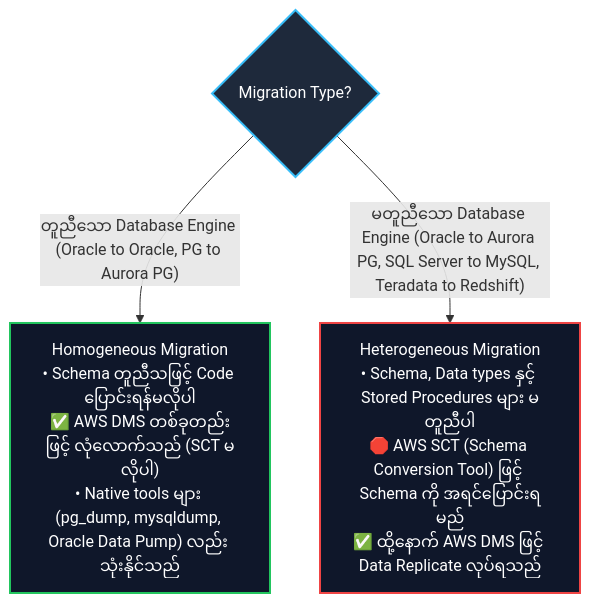
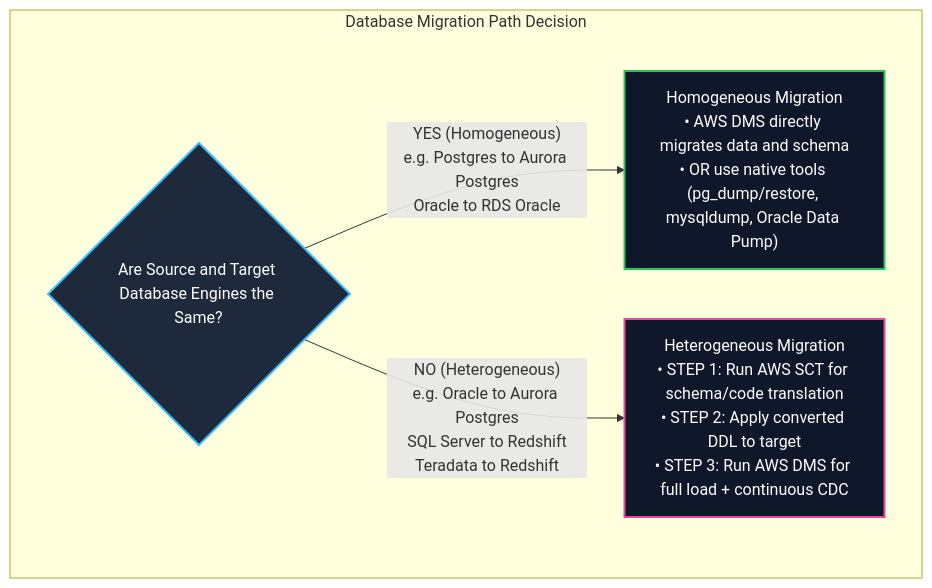
The fourth of 8 diagrams in content/mm/02-services/migration/dms-and-sct.md (Wathon/aws-dea-c01-note), drawn with Mermaid before and after one commit. The commit also changed other lines of this file and 41 other files, not shown here.

````diff
--- a/content/mm/02-services/migration/dms-and-sct.md
+++ b/content/mm/02-services/migration/dms-and-sct.md
@@ -88,16 +181,18 @@
 ```mermaid
 graph TD
-    MigType{Migration Type?}
+    subgraph Decision["Database Migration Path Decision"]
+        EngineComp{Are Source and Target Database Engines the Same?}
+        
+        EngineComp -->|"YES (Homogeneous)<br/>e.g. Postgres to Aurora Postgres<br/>Oracle to RDS Oracle"| Homo["Homogeneous Migration<br/>• AWS DMS directly migrates data and schema<br/>• OR use native tools (pg_dump/restore, mysqldump, Oracle Data Pump)"]
+        
+        EngineComp -->|"NO (Heterogeneous)<br/>e.g. Oracle to Aurora Postgres<br/>SQL Server to Redshift<br/>Teradata to Redshift"| Hetero["Heterogeneous Migration<br/>• STEP 1: Run AWS SCT for schema/code translation<br/>• STEP 2: Apply converted DDL to target<br/>• STEP 3: Run AWS DMS for full load + continuous CDC"]
+    end
 
-    MigType -->|"တူညီသော Database Engine (Oracle to Oracle, PG to Aurora PG)"| Homo["Homogeneous Migration<br/>• Schema တူညီသဖြင့် Code ပြောင်းရန်မလိုပါ<br/>✅ AWS DMS တစ်ခုတည်းဖြင့် လုံလောက်သည် (SCT မလိုပါ)<br/>• Native tools များ (pg_dump, mysqldump, Oracle Data Pump) လည်း သုံးနိုင်သည်"]
+    classDef homo fill:#0f172a,stroke:#22c55e,stroke-width:2px,color:#fff;
+    classDef hetero fill:#0f172a,stroke:#ec4899,stroke-width:2px,color:#fff;
+    classDef dec fill:#1e293b,stroke:#38bdf8,stroke-width:2px,color:#fff;
 
-    MigType -->|"မတူညီသော Database Engine (Oracle to Aurora PG, SQL Server to MySQL, Teradata to Redshift)"| Hetero["Heterogeneous Migration<br/>• Schema, Data types နှင့် Stored Procedures များ မတူညီပါ<br/>🛑 AWS SCT (Schema Conversion Tool) ဖြင့် Schema ကို အရင်ပြောင်းရမည်<br/>✅ ထို့နောက် AWS DMS ဖြင့် Data Replicate လုပ်ရသည်"]
-
-    classDef dec fill:#1e293b,stroke:#38bdf8,stroke-width:2px,color:#fff;
-    classDef homo fill:#0f172a,stroke:#22c55e,stroke-width:2px,color:#fff;
-    classDef hetero fill:#0f172a,stroke:#ef4444,stroke-width:2px,color:#fff;
-
-    class MigType dec;
+    class EngineComp dec;
     class Homo homo;
     class Hetero hetero;
 ```
````
